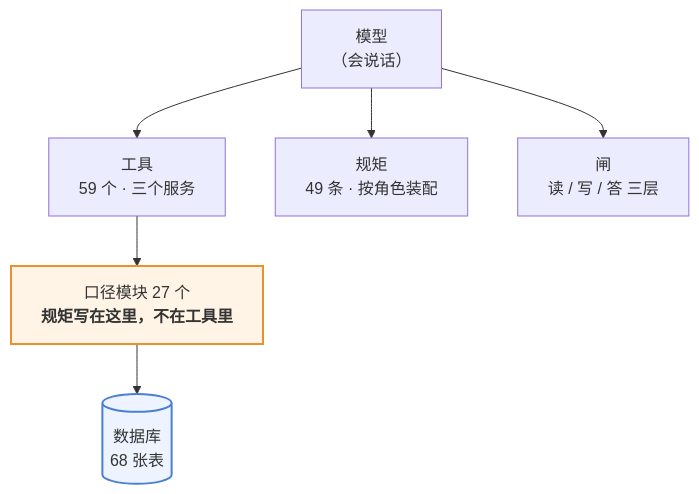
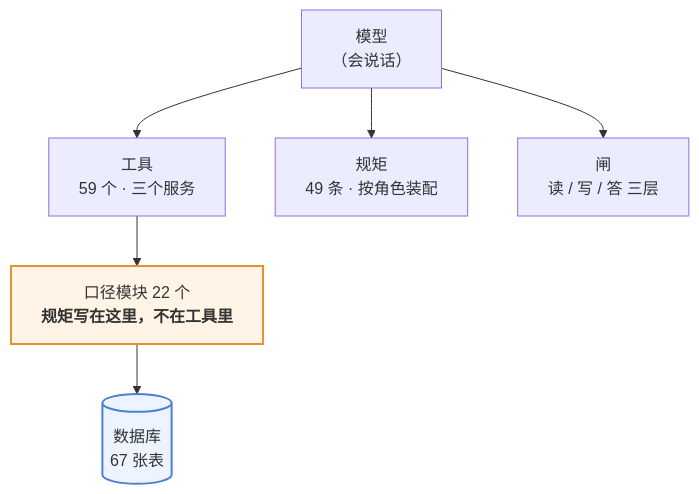
The first of 3 diagrams in 澜绣云裳agent-产品说明.md (843773296-rgb/lanxiu-yunshang-agent), drawn with Mermaid before and after one commit. The commit also changed other lines of this file and 5 other files, not shown here.

````diff
--- a/澜绣云裳agent-产品说明.md
+++ b/澜绣云裳agent-产品说明.md
@@ -62,12 +62,12 @@
 ```mermaid
 flowchart TD
     M["模型<br/>（会说话）"]
     M --> T["工具<br/>59 个 · 三个服务"]
     M --> R["规矩<br/>49 条 · 按角色装配"]
     M --> G["闸<br/>读 / 写 / 答 三层"]
-    T --> K["口径模块 27 个<br/><b>规矩写在这里，不在工具里</b>"]
-    K --> DB[("数据库<br/>68 张表")]
+    T --> K["口径模块 22 个<br/><b>规矩写在这里，不在工具里</b>"]
+    K --> DB[("数据库<br/>67 张表")]
 
     style K fill:#fff4e6,stroke:#e8912d,stroke-width:2px
     style DB fill:#eef4ff,stroke:#4a7fd4,stroke-width:2px
 ```
````
